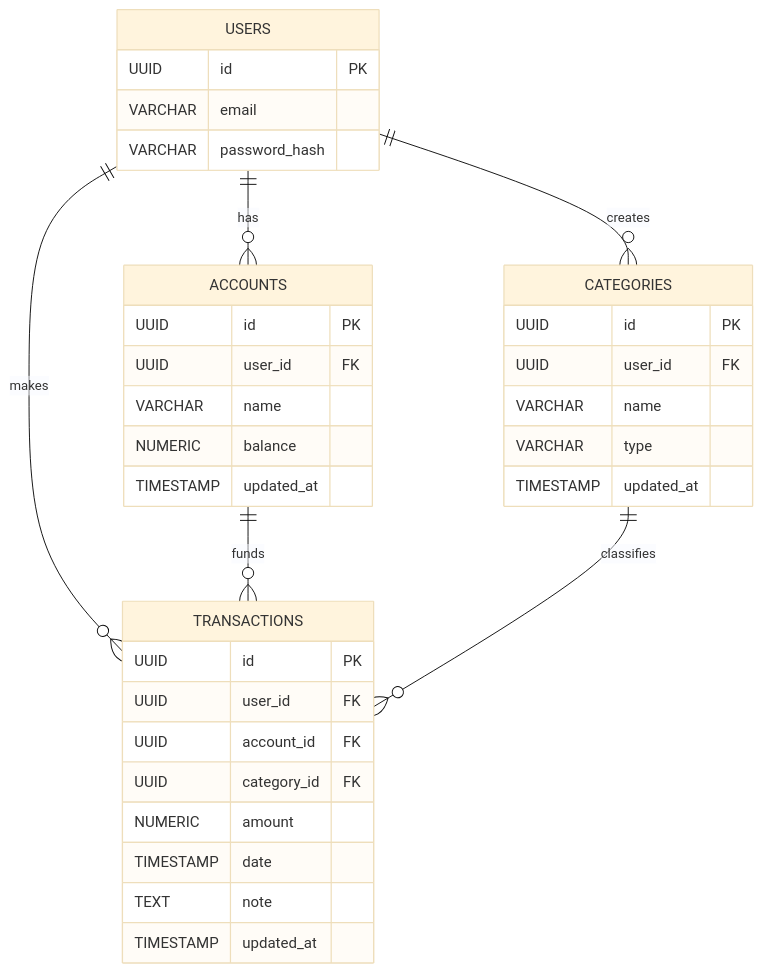
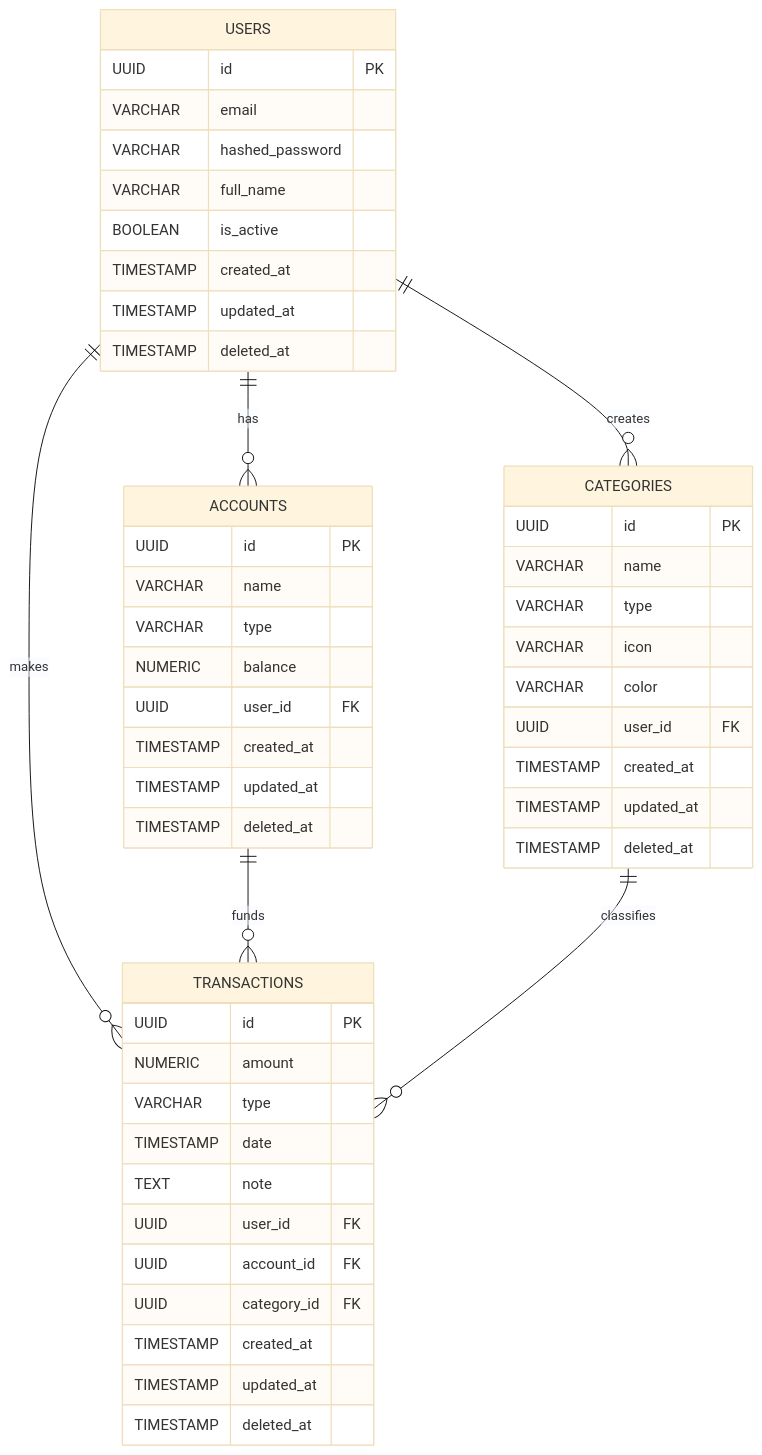
The diagram in backend/erDiagram.mmd (hieule04/spending_plus), drawn with Mermaid (base theme) before and after one commit. The commit also changed 3 other files, not shown here.

```diff
--- a/backend/erDiagram.mmd
+++ b/backend/erDiagram.mmd
@@ -1,36 +1,51 @@
 erDiagram
     USERS ||--o{ ACCOUNTS : "has"
     USERS ||--o{ CATEGORIES : "creates"
     USERS ||--o{ TRANSACTIONS : "makes"
     ACCOUNTS ||--o{ TRANSACTIONS : "funds"
     CATEGORIES ||--o{ TRANSACTIONS : "classifies"
 
     USERS {
         UUID id PK
         VARCHAR email
-        VARCHAR password_hash
+        VARCHAR hashed_password
+        VARCHAR full_name
+        BOOLEAN is_active
+        TIMESTAMP created_at
+        TIMESTAMP updated_at
+        TIMESTAMP deleted_at
     }
     ACCOUNTS {
         UUID id PK
+        VARCHAR name
+        VARCHAR type
+        NUMERIC balance
         UUID user_id FK
-        VARCHAR name
-        NUMERIC balance
+        TIMESTAMP created_at
         TIMESTAMP updated_at
+        TIMESTAMP deleted_at
     }
     CATEGORIES {
         UUID id PK
-        UUID user_id FK
         VARCHAR name
         VARCHAR type
+        VARCHAR icon
+        VARCHAR color
+        UUID user_id FK
+        TIMESTAMP created_at
         TIMESTAMP updated_at
+        TIMESTAMP deleted_at
     }
     TRANSACTIONS {
         UUID id PK
+        NUMERIC amount
+        VARCHAR type
+        TIMESTAMP date
+        TEXT note
         UUID user_id FK
         UUID account_id FK
         UUID category_id FK
-        NUMERIC amount
-        TIMESTAMP date
-        TEXT note
+        TIMESTAMP created_at
         TIMESTAMP updated_at
+        TIMESTAMP deleted_at
     }
```
